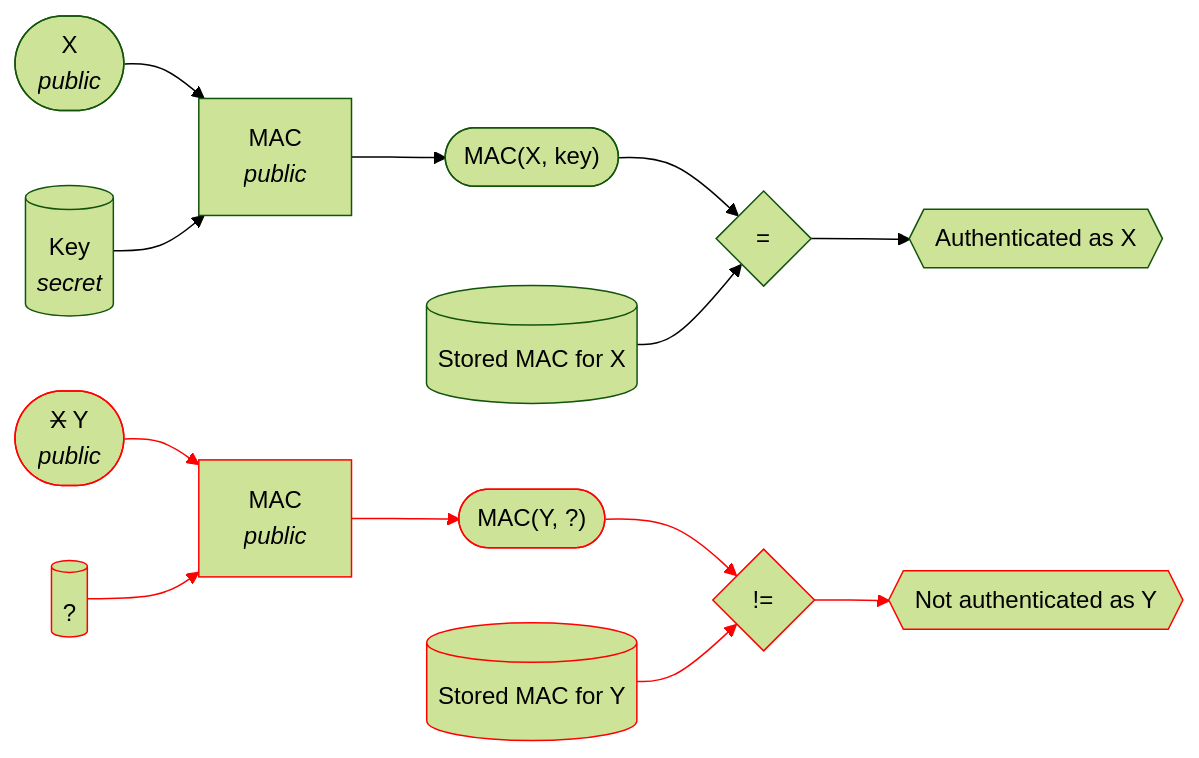
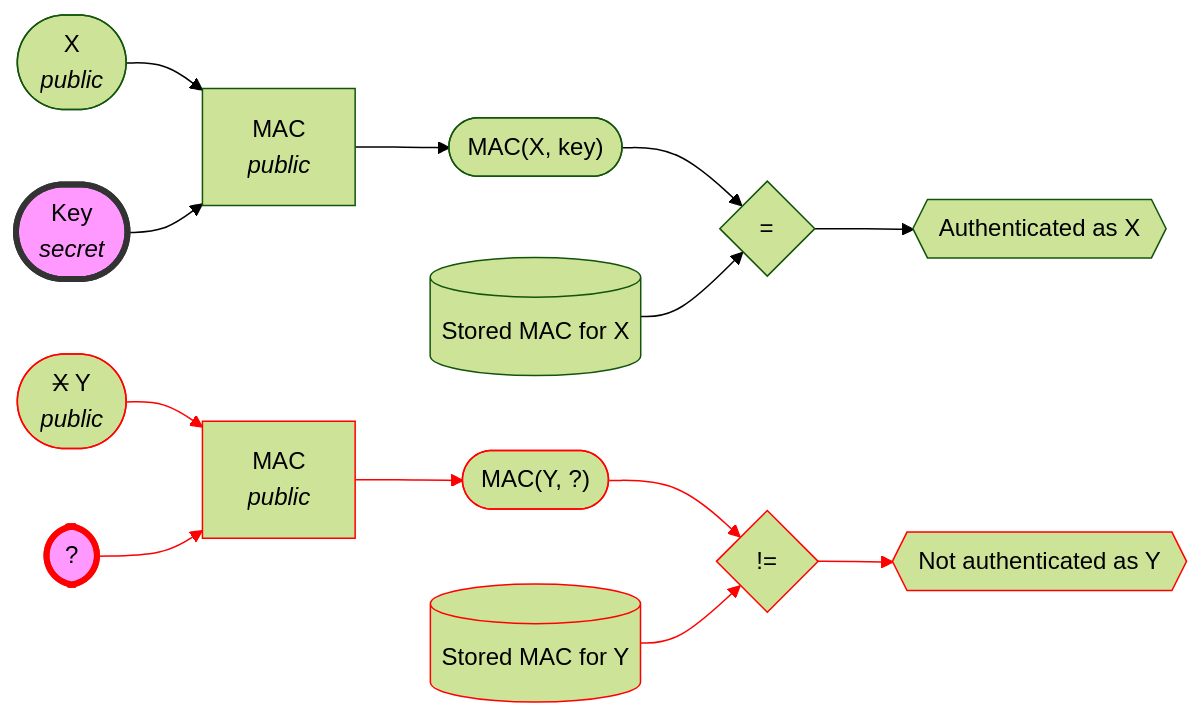
The third of 3 diagrams in docs/primitives/mac/intro.md (sripwoud/cryptography), drawn with Mermaid (forest theme) before and after one commit. The commit also changed other lines of this file and 6 other files, not shown here.

````diff
--- a/docs/primitives/mac/intro.md
+++ b/docs/primitives/mac/intro.md
@@ -45,31 +50,33 @@
 ```mermaid
 graph LR
 
 X([X<br><em>public</em>]) -->MAC1[MAC<br><em>public</em>]
 Y([<s>X</s> Y<br><em>public</em>]) -->MAC2[MAC <br><em>public</em>]
 MAC1 --> C1(["MAC(X, key)"])
 MAC2 --> C2(["MAC(Y, ?)"])
 C1 --> D{=}
 C2 --> D2{!=}
-secretKey[(Key <br><em>secret</em>)] --> MAC1
-secretKey2[(?)] --> MAC2
+secretKey([Key <br><em>secret</em>]) --> MAC1
+secretKey2([?]) --> MAC2
 user1[(Stored MAC for X)] --> D
 user2[(Stored MAC for Y)] --> D2
 D --> success1{{Authenticated as X}}
 D2 --> success2{{Not authenticated as Y}}
 
+style secretKey fill:#f9f,stroke:#333,stroke-width:4px
+style secretKey2 fill:#f9f,stroke:#333,stroke-width:4px
 style Y stroke: red;
 style secretKey2 stroke: red;
 style MAC2 stroke: red;
 style C2 stroke: red;
 style user2 stroke: red;
 style D2 stroke: red;
 style success2 stroke: red;
 linkStyle 1 stroke:red;
 linkStyle 3 stroke:red;
 linkStyle 5 stroke:red;
 linkStyle 7 stroke:red;
 linkStyle 9 stroke:red;
 linkStyle 11 stroke:red;
 
 ```
````
